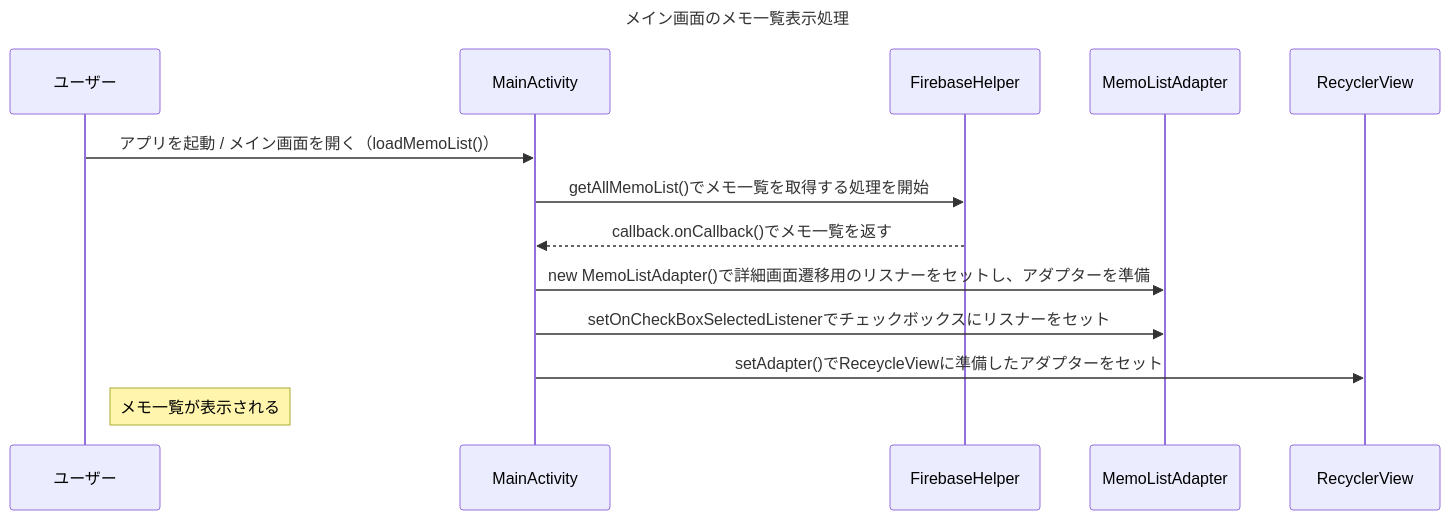
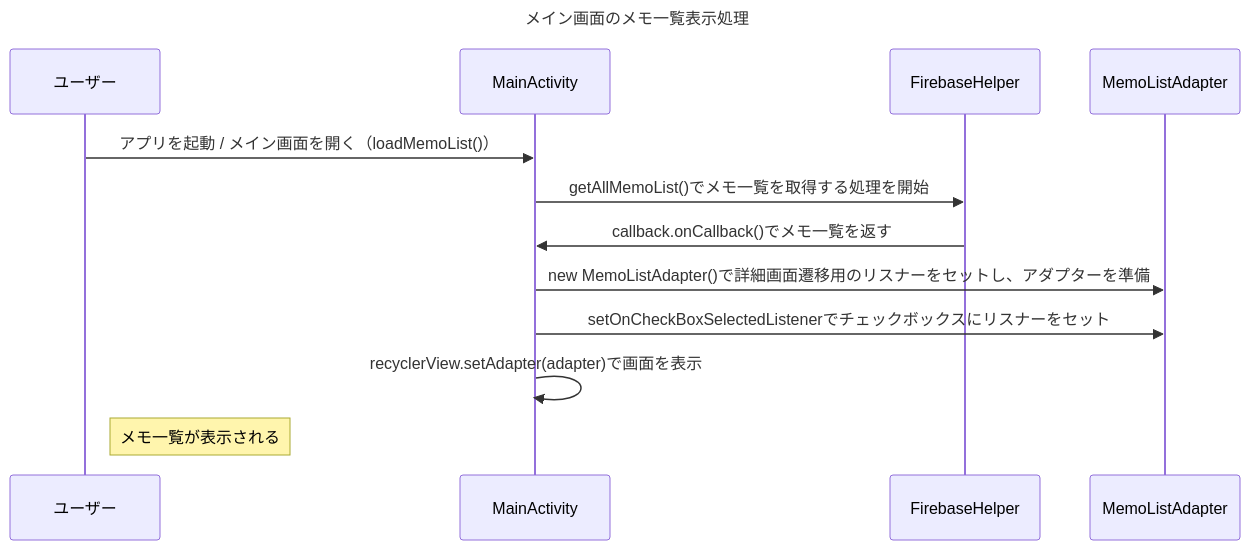
Before and after one commit to masu314/memo: the first of 6 diagrams in README.md, drawn with Mermaid. The commit also changed other lines of this file, not shown here.

Commit message:
[update]README.mdの複数削除処理のシーケンス図を修正

````diff
--- a/README.md
+++ b/README.md
@@ -1,19 +1,18 @@
 ```mermaid
 sequenceDiagram
     title メイン画面のメモ一覧表示処理
     
     participant User as ユーザー
     participant Main as MainActivity
     participant Firebase as FirebaseHelper
     participant Adapter as MemoListAdapter
-    participant Recycler as RecyclerView
 
     User ->> Main: アプリを起動 / メイン画面を開く（loadMemoList()）
     Main->>Firebase: getAllMemoList()でメモ一覧を取得する処理を開始
 
-    Firebase-->>Main: callback.onCallback()でメモ一覧を返す
+    Firebase->>Main: callback.onCallback()でメモ一覧を返す
     Main->>Adapter: new MemoListAdapter()で詳細画面遷移用のリスナーをセットし、アダプターを準備
     Main->>Adapter: setOnCheckBoxSelectedListenerでチェックボックスにリスナーをセット
-    Main->>Recycler: setAdapter()でReceycleViewに準備したアダプターをセット
+    Main->>Main: recyclerView.setAdapter(adapter)で画面を表示
     note right of User: メモ一覧が表示される
 ```
````
